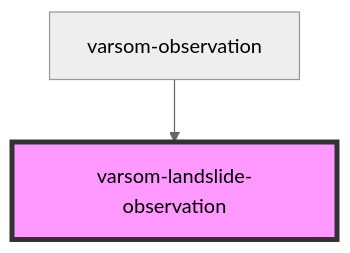
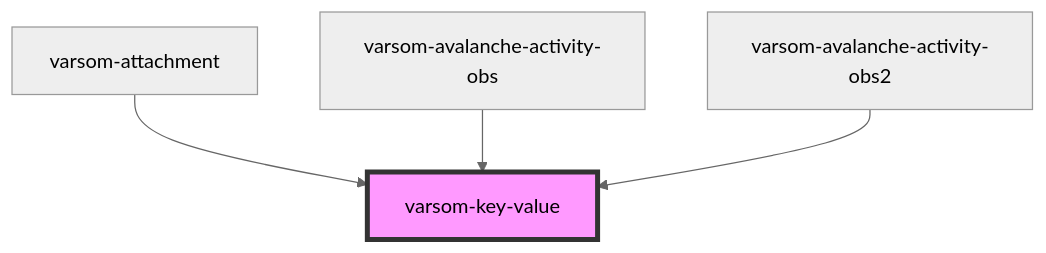
The diagram in observasjonskort/src/components/varsom-key-value/readme.md (NVE/varsom-observation), drawn with Mermaid (neutral theme) before and after one commit. The commit also changed other lines of this file and 4 other files, not shown here.

Commit message:
refactored avalanche activity obs 2

````diff
--- a/observasjonskort/src/components/varsom-key-value/readme.md
+++ b/observasjonskort/src/components/varsom-key-value/readme.md
@@ -44,5 +25,7 @@
 ```mermaid
 graph TD;
-  varsom-observation --> varsom-landslide-observation
-  style varsom-landslide-observation fill:#f9f,stroke:#333,stroke-width:4px
+  varsom-attachment --> varsom-key-value
+  varsom-avalanche-activity-obs --> varsom-key-value
+  varsom-avalanche-activity-obs2 --> varsom-key-value
+  style varsom-key-value fill:#f9f,stroke:#333,stroke-width:4px
 ```
````
